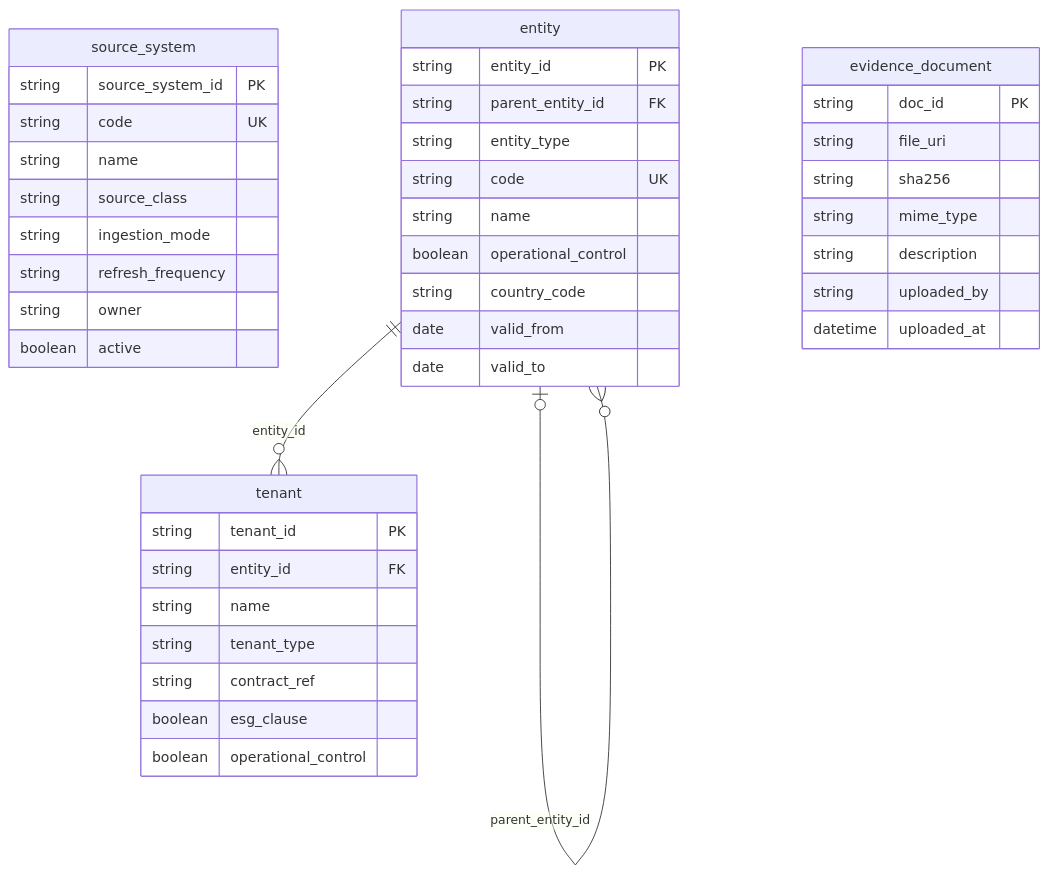
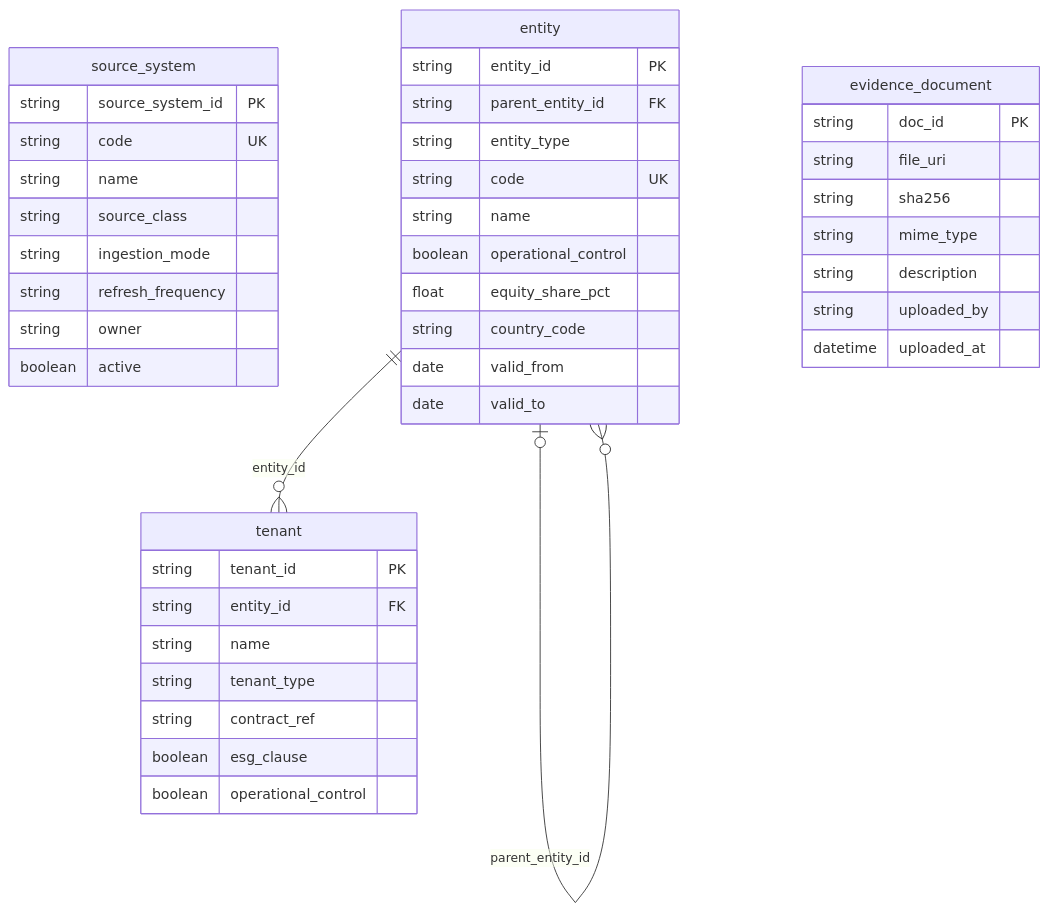
Before and after one commit to indranil32/port-esg: the second of 9 diagrams in docs/erd.md, drawn with Mermaid. The commit also changed 9 other files, not shown here.

First line of the commit message:
Equity-share and operational-control consolidation for the GHG inventory

````diff
--- a/docs/erd.md
+++ b/docs/erd.md
@@ -80,44 +80,45 @@
 ```mermaid
 erDiagram
     source_system {
         string source_system_id PK
         string code UK
         string name
         string source_class
         string ingestion_mode
         string refresh_frequency
         string owner
         boolean active
     }
     entity {
         string entity_id PK
         string parent_entity_id FK
         string entity_type
         string code UK
         string name
         boolean operational_control
+        float equity_share_pct
         string country_code
         date valid_from
         date valid_to
     }
     evidence_document {
         string doc_id PK
         string file_uri
         string sha256
         string mime_type
         string description
         string uploaded_by
         datetime uploaded_at
     }
     tenant {
         string tenant_id PK
         string entity_id FK
         string name
         string tenant_type
         string contract_ref
         boolean esg_clause
         boolean operational_control
     }
     entity |o--o{ entity : "parent_entity_id"
     entity ||--o{ tenant : "entity_id"
 ```
````
